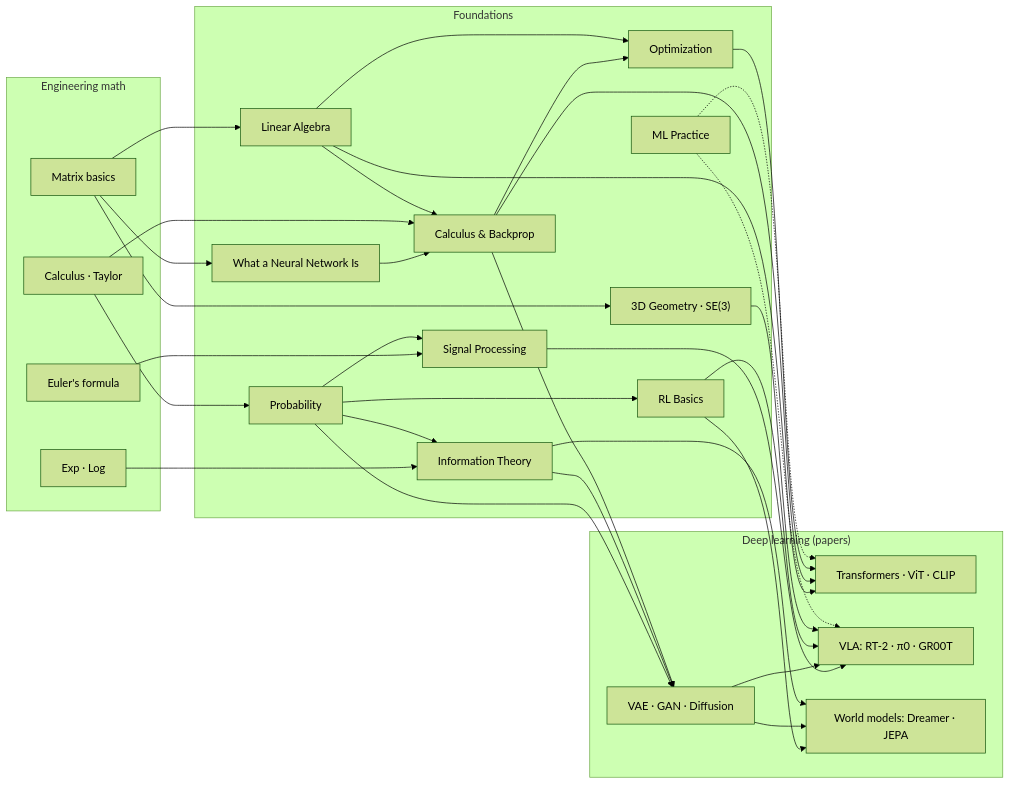
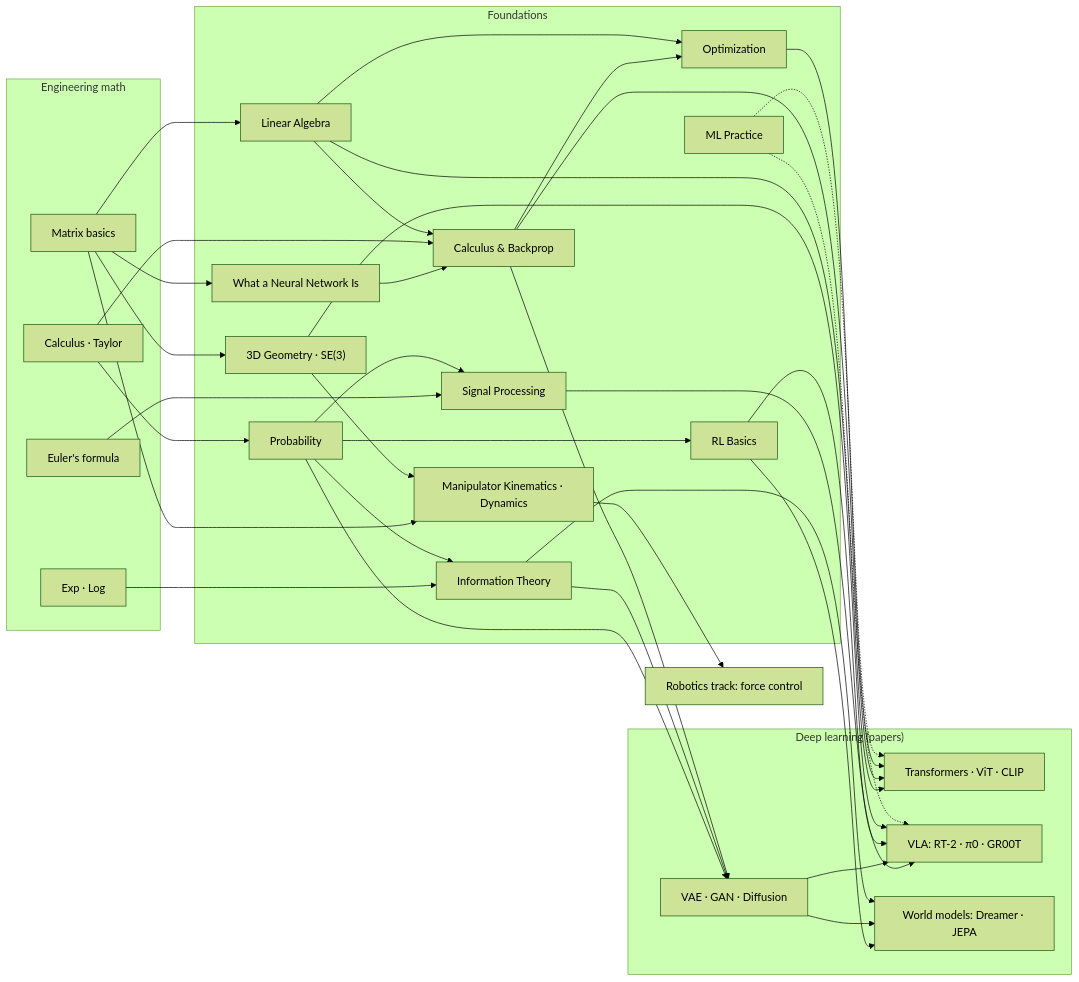
Before and after one commit to jiseop-byeon/phd-wiki: the first of 4 diagrams in content/02-foundations/overview.md, drawn with Mermaid (forest theme). The commit also changed other lines of this file and 12 other files, not shown here.

````diff
--- a/content/02-foundations/overview.md
+++ b/content/02-foundations/overview.md
@@ -50,55 +53,59 @@
 ```mermaid
 graph LR
     subgraph M["Engineering math"]
     CALC["Calculus · Taylor"]
     MAT["Matrix basics"]
     EUL["Euler's formula"]
     LOG["Exp · Log"]
     end
     subgraph F["Foundations"]
     LA["Linear Algebra"]
     NN["What a Neural Network Is"]
     CB["Calculus & Backprop"]
     PR["Probability"]
     OPT["Optimization"]
     IT["Information Theory"]
     SP["Signal Processing"]
     RL["RL Basics"]
     SE["3D Geometry · SE(3)"]
     MLP["ML Practice"]
+    MKD["Manipulator Kinematics · Dynamics"]
     end
     subgraph D["Deep learning (papers)"]
     TF["Transformers · ViT · CLIP"]
     GEN["VAE · GAN · Diffusion"]
     VLA["VLA: RT-2 · π0 · GR00T"]
     WM["World models: Dreamer · JEPA"]
     end
     MAT --> LA
     MAT --> NN
     NN --> CB
     CALC --> CB
     CALC --> PR
     EUL --> SP
     LOG --> IT
     LA --> CB --> OPT
     LA --> OPT
     PR --> IT
     PR --> RL
     PR --> SP
     LA --> TF
     CB --> TF
     OPT --> TF
     PR --> GEN
     IT --> GEN
     CB --> GEN
     SP --> VLA
     GEN --> VLA
     RL --> VLA
     RL --> WM
     GEN --> WM
     IT --> WM
     MAT --> SE
     SE --> VLA
     MLP -.-> TF
     MLP -.-> VLA
+    MAT --> MKD
+    SE --> MKD
+    MKD --> ROB["Robotics track: force control"]
 ```
````
